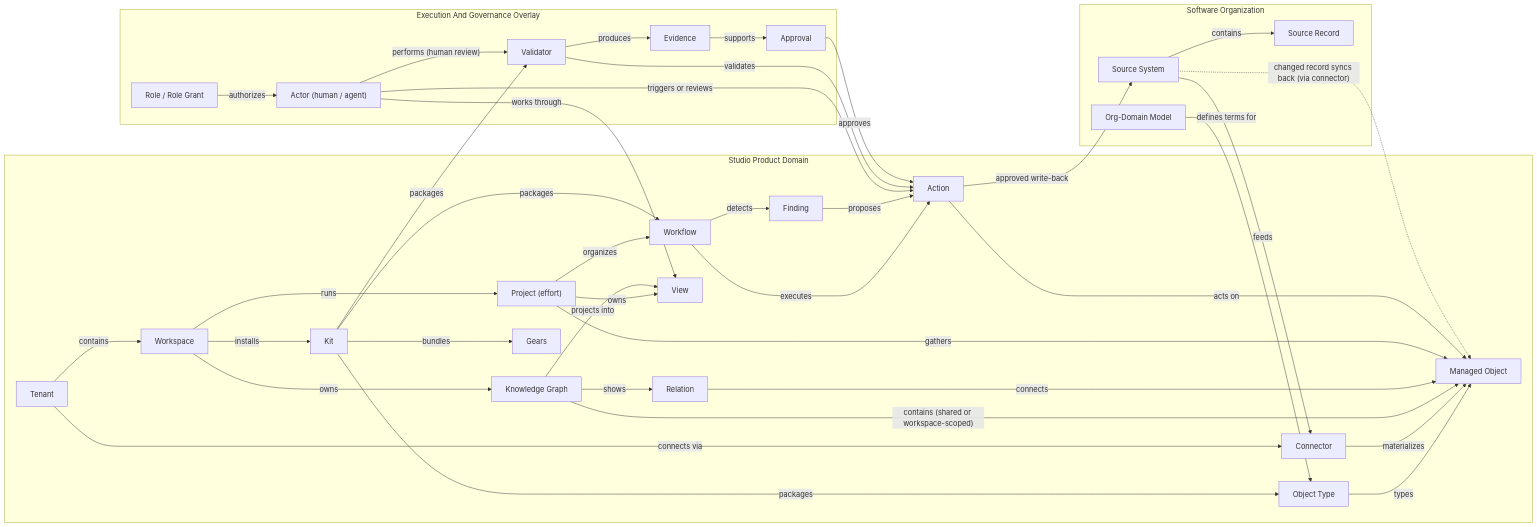
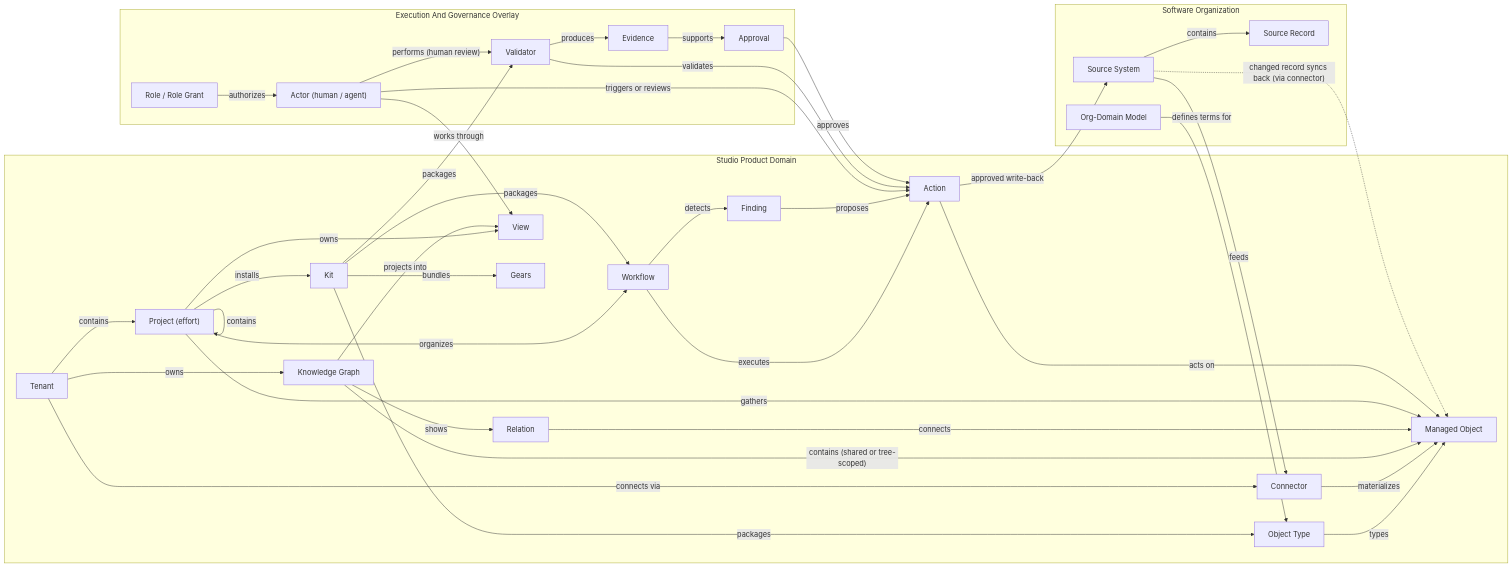
One commit to maxvydrin/vision changed the first of 3 diagrams in STUDIO_PRODUCT_DOMAIN_MODEL.md. Above: the diagram before and after it, drawn with Mermaid. The commit also changed other lines of this file and 2 other files, not shown here.

First line of the commit message:
Sync product domain model, glossary, information architecture

````diff
--- a/STUDIO_PRODUCT_DOMAIN_MODEL.md
+++ b/STUDIO_PRODUCT_DOMAIN_MODEL.md
@@ -81,73 +82,72 @@
 ```mermaid
 flowchart LR
   subgraph Org["Software Organization"]
     OrgDomain["Org-Domain Model"]
     SourceSystem["Source System"]
     SourceRecord["Source Record"]
   end
 
   subgraph Studio["Studio Product Domain"]
     Tenant["Tenant"]
-    Workspace["Workspace"]
     Connector["Connector"]
     Graph["Knowledge Graph"]
     MO["Managed Object"]
     OT["Object Type"]
     Relation["Relation"]
     Project["Project (effort)"]
     View["View"]
     Kit["Kit"]
     Gears["Gears"]
     Workflow["Workflow"]
     Action["Action"]
     Finding["Finding"]
   end
 
   subgraph Governance["Execution And Governance Overlay"]
     Actor["Actor (human / agent)"]
     Role["Role / Role Grant"]
     Validator["Validator"]
     Approval["Approval"]
     Evidence["Evidence"]
   end
 
   OrgDomain -->|"defines terms for"| OT
   OT -->|"types"| MO
   SourceSystem -->|"contains"| SourceRecord
   SourceSystem -->|"feeds"| Connector
   Connector -->|"materializes"| MO
 
-  Tenant -->|"contains"| Workspace
+  Tenant -->|"contains"| Project
   Tenant -->|"connects via"| Connector
-  Workspace -->|"owns"| Graph
-  Graph -->|"contains (shared or workspace-scoped)"| MO
+  Tenant -->|"owns"| Graph
+  Graph -->|"contains (shared or tree-scoped)"| MO
   Graph -->|"shows"| Relation
   Relation -->|"connects"| MO
 
-  Workspace -->|"runs"| Project
+  Project -->|"contains"| Project
   Project -->|"gathers"| MO
   Project -->|"owns"| View
   Graph -->|"projects into"| View
   Project -->|"organizes"| Workflow
   Workflow -->|"executes"| Action
   Action -->|"acts on"| MO
   Workflow -->|"detects"| Finding
   Finding -->|"proposes"| Action
 
-  Workspace -->|"installs"| Kit
+  Project -->|"installs"| Kit
   Kit -->|"packages"| OT
   Kit -->|"packages"| Workflow
   Kit -->|"packages"| Validator
   Kit -->|"bundles"| Gears
 
   Actor -->|"works through"| View
   Actor -->|"triggers or reviews"| Action
   Actor -->|"performs (human review)"| Validator
   Role -->|"authorizes"| Actor
   Validator -->|"validates"| Action
   Validator -->|"produces"| Evidence
   Evidence -->|"supports"| Approval
   Approval -->|"approves"| Action
   Action -->|"approved write-back"| SourceSystem
   SourceSystem -.->|"changed record syncs back (via connector)"| MO
 ```
````
